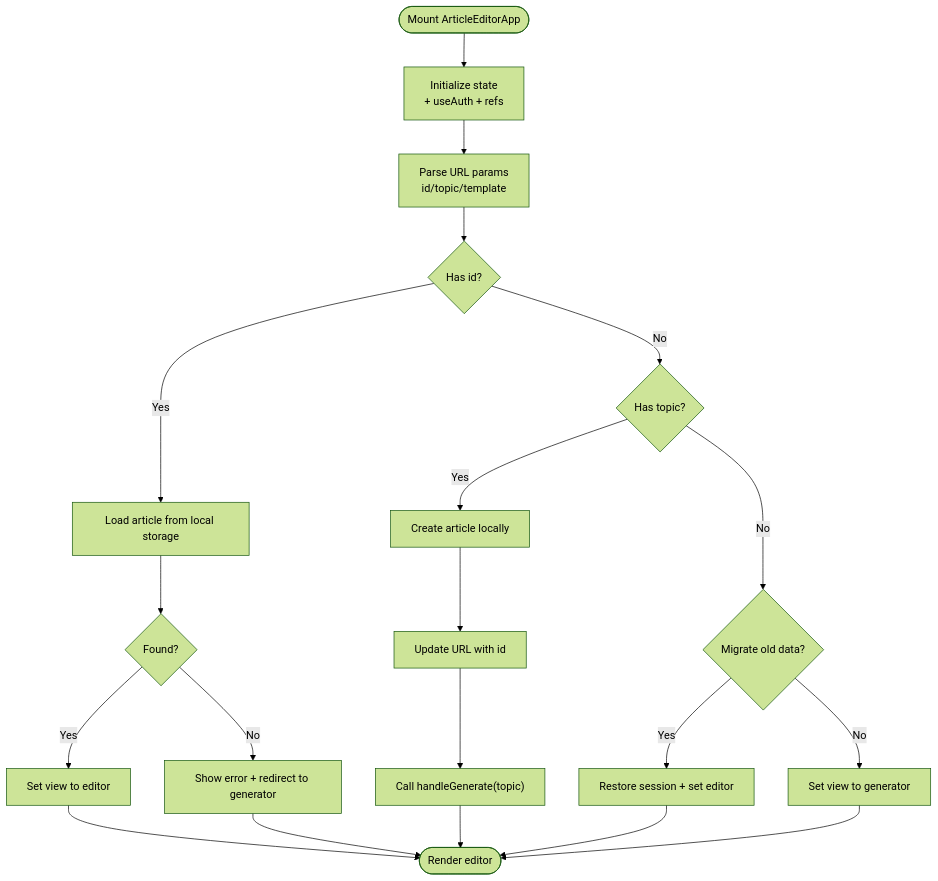
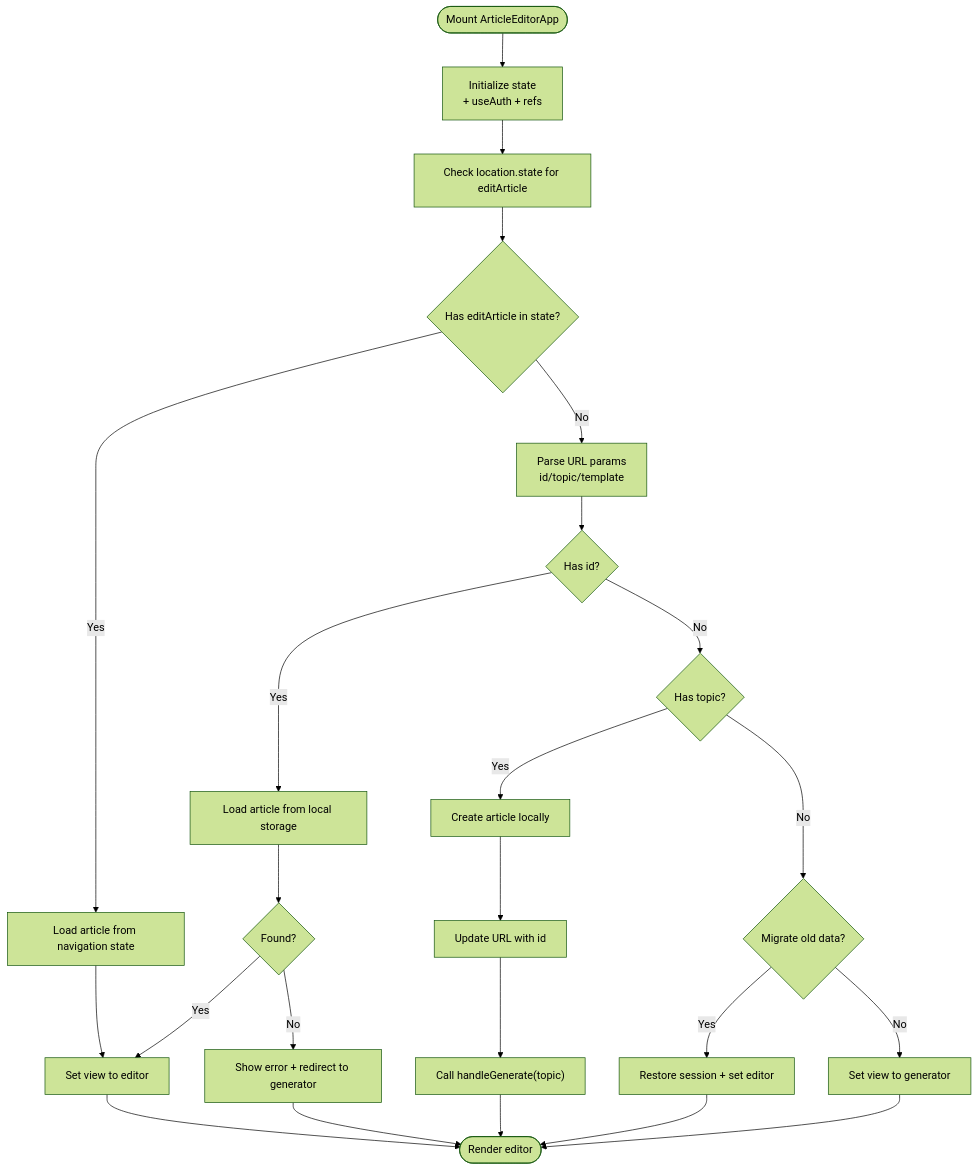
Before and after one commit to xd-art/Briefer-v02: the fourth of 13 diagrams in .qoder/repowiki/en/content/Frontend Architecture/Component Tree.md, drawn with Mermaid (forest theme). The commit also changed other lines of this file and 65 other files, not shown here.

````diff
--- a/.qoder/repowiki/en/content/Frontend Architecture/Component Tree.md
+++ b/.qoder/repowiki/en/content/Frontend Architecture/Component Tree.md
@@ -194,22 +216,26 @@
 ```mermaid
 flowchart TD
 Start(["Mount ArticleEditorApp"]) --> Init["Initialize state<br/>+ useAuth + refs"]
-Init --> CheckURL["Parse URL params<br/>id/topic/template"]
+Init --> CheckNav["Check location.state for editArticle"]
+CheckNav --> HasNav{"Has editArticle in state?"}
+HasNav --> |Yes| LoadFromNav["Load article from navigation state"]
+LoadFromNav --> SetEditor["Set view to editor"]
+HasNav --> |No| CheckURL["Parse URL params<br/>id/topic/template"]
 CheckURL --> HasId{"Has id?"}
 HasId --> |Yes| LoadLocal["Load article from local storage"]
 LoadLocal --> Found{"Found?"}
 Found --> |Yes| SetEditor["Set view to editor"]
 Found --> |No| NotFound["Show error + redirect to generator"]
 HasId --> |No| HasTopic{"Has topic?"}
 HasTopic --> |Yes| CreateDraft["Create article locally"]
 CreateDraft --> UpdateURL["Update URL with id"]
 UpdateURL --> Generate["Call handleGenerate(topic)"]
 HasTopic --> |No| Migrate{"Migrate old data?"}
 Migrate --> |Yes| Restore["Restore session + set editor"]
 Migrate --> |No| ShowGen["Set view to generator"]
 Generate --> Done(["Render editor"])
 SetEditor --> Done
 ShowGen --> Done
 Restore --> Done
 NotFound --> Done
 ```
````
